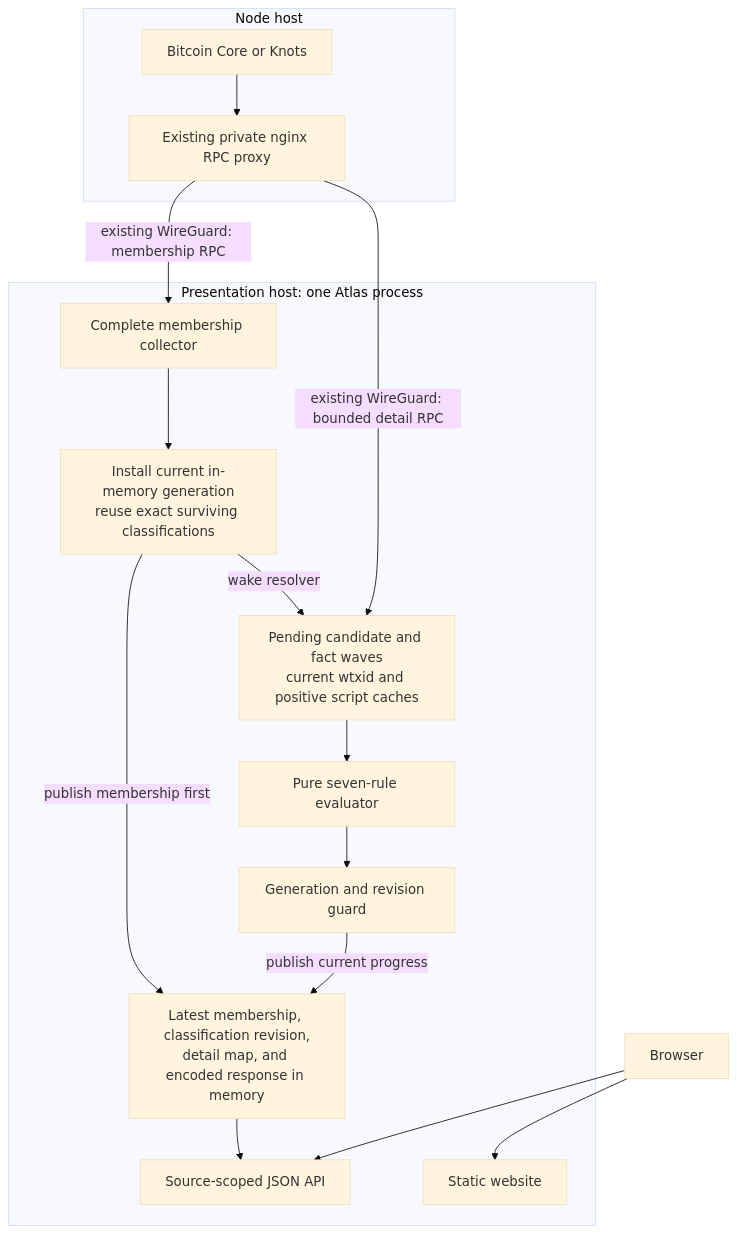
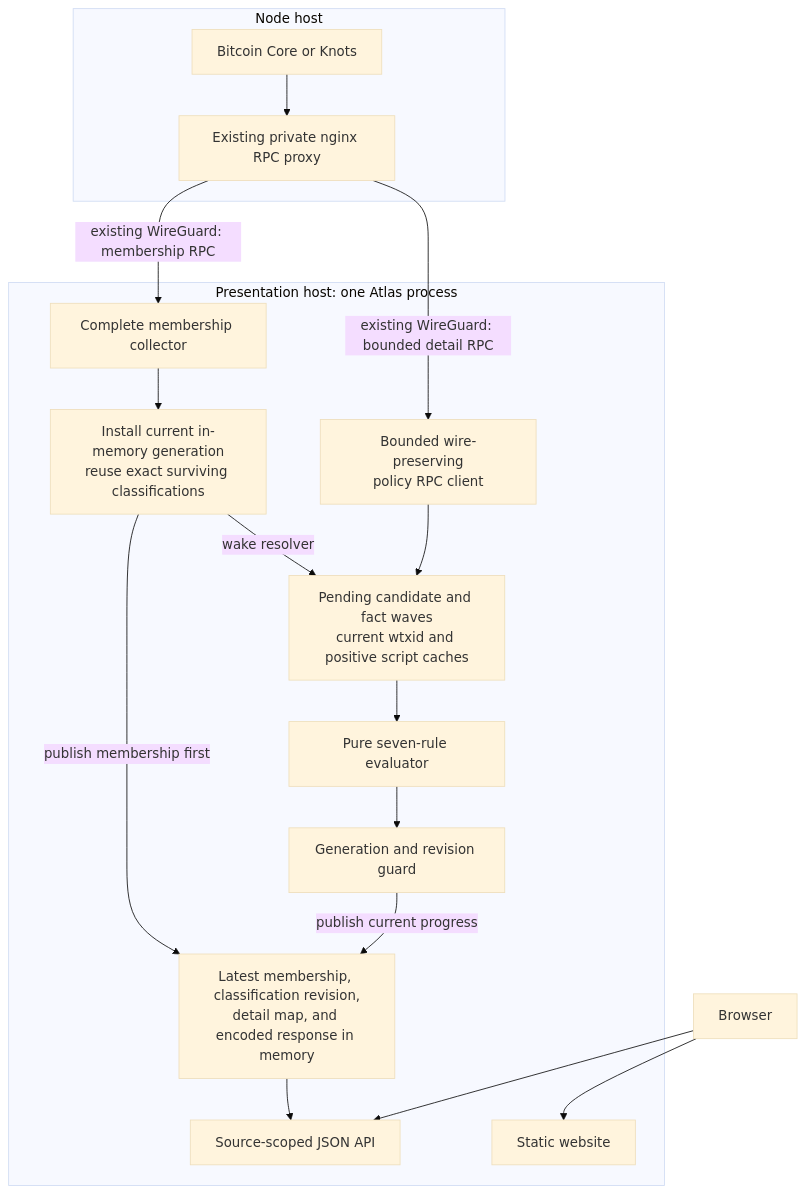
The diagram in docs/architecture.md (deadmanoz/mempool-atlas), drawn with Mermaid (base theme) before and after one commit. The commit also changed other lines of this file and 14 other files, not shown here.

Commit message:
fix(classification): preserve policy RPC wire semantics

````diff
--- a/docs/architecture.md
+++ b/docs/architecture.md
@@ -13,31 +14,33 @@
 ```mermaid
 flowchart TB
     subgraph node["Node host"]
         bitcoind["Bitcoin Core or Knots"]
         rpc_proxy["Existing private nginx RPC proxy"]
         bitcoind --> rpc_proxy
     end
 
     subgraph presentation["Presentation host: one Atlas process"]
         membership["Complete membership collector"]
         generation["Install current in-memory generation<br/>reuse exact surviving classifications"]
+        policy_rpc["Bounded wire-preserving<br/>policy RPC client"]
         enrichment["Pending candidate and fact waves<br/>current wtxid and positive script caches"]
         evaluator["Pure seven-rule evaluator"]
         guard["Generation and revision guard"]
         current["Latest membership, classification revision,<br/>detail map, and encoded response in memory"]
         api["Source-scoped JSON API"]
         static["Static website"]
         membership --> generation
         generation -->|"publish membership first"| current
         generation -->|"wake resolver"| enrichment
         enrichment --> evaluator
         evaluator --> guard
         guard -->|"publish current progress"| current
         current --> api
     end
 
     rpc_proxy -->|"existing WireGuard: membership RPC"| membership
-    rpc_proxy -->|"existing WireGuard: bounded detail RPC"| enrichment
+    rpc_proxy -->|"existing WireGuard: bounded detail RPC"| policy_rpc
+    policy_rpc --> enrichment
     browser["Browser"] --> static
     browser --> api
 ```
````
